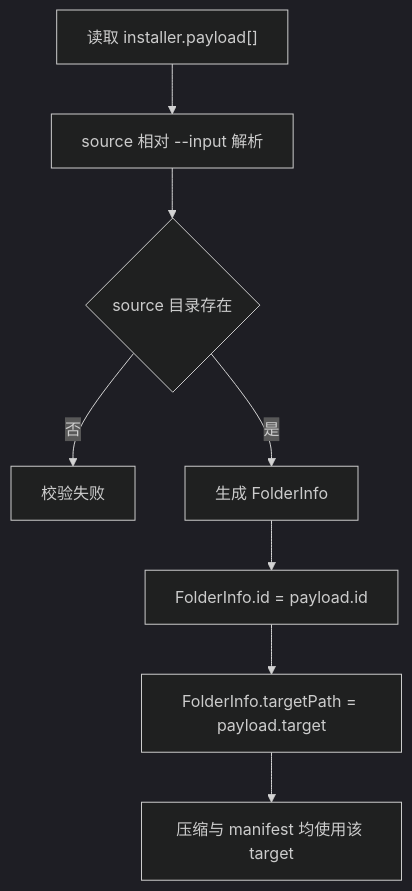
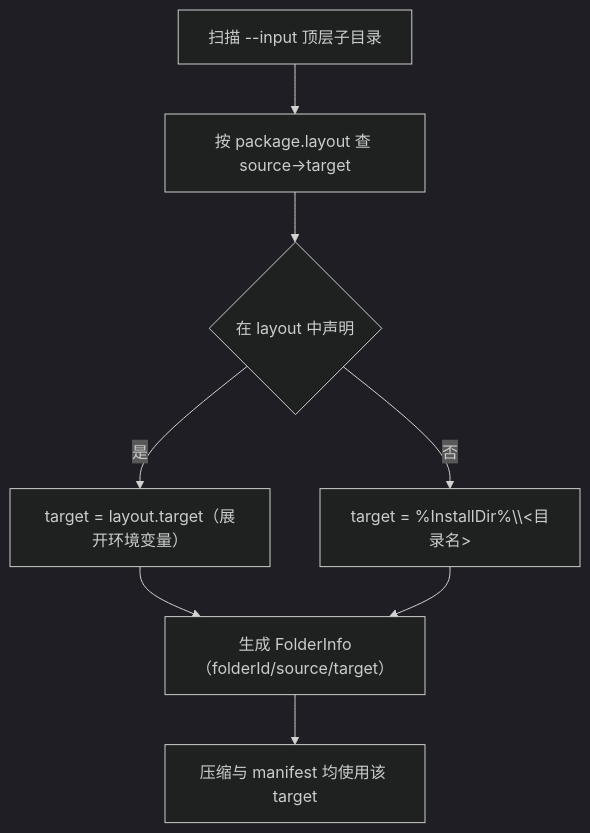
Before and after one commit to lu020218/Multi-Threaded_Installer: the third of 6 diagrams in docs/打包器流程图.md, drawn with Mermaid (dark theme). The commit also changed other lines of this file and 78 other files, not shown here.

````diff
--- a/docs/打包器流程图.md
+++ b/docs/打包器流程图.md
@@ -56,10 +54,10 @@
 ```mermaid
 flowchart TD
-    A["读取 installer.payload[]"] --> B["source 相对 --input 解析"]
-    B --> C{"source 目录存在"}
-    C -->|否| C1["校验失败"]
-    C -->|是| D["生成 FolderInfo"]
-    D --> E["FolderInfo.id = payload.id"]
-    E --> F["FolderInfo.targetPath = payload.target"]
+    A["扫描 --input 顶层子目录"] --> B["按 package.layout 查 source→target"]
+    B --> C{"在 layout 中声明"}
+    C -->|是| D["target = layout.target（展开环境变量）"]
+    C -->|否| E["target = %InstallDir%\\<目录名>"]
+    D --> F["生成 FolderInfo（folderId/source/target）"]
+    E --> F
     F --> G["压缩与 manifest 均使用该 target"]
 ```
````
